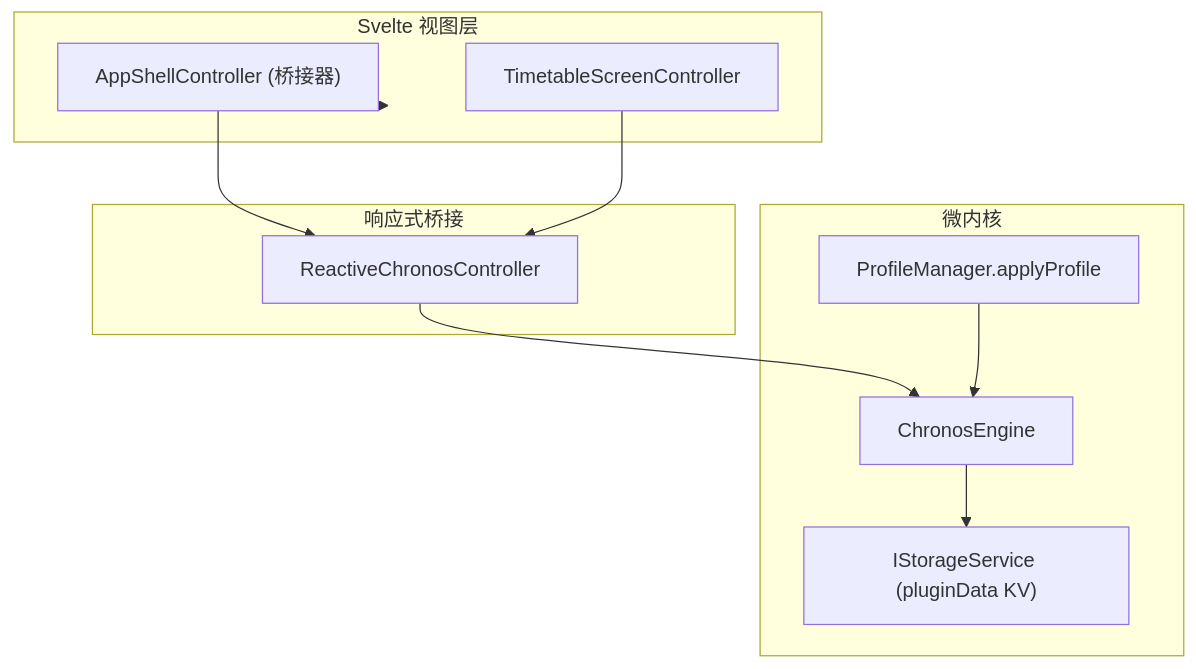
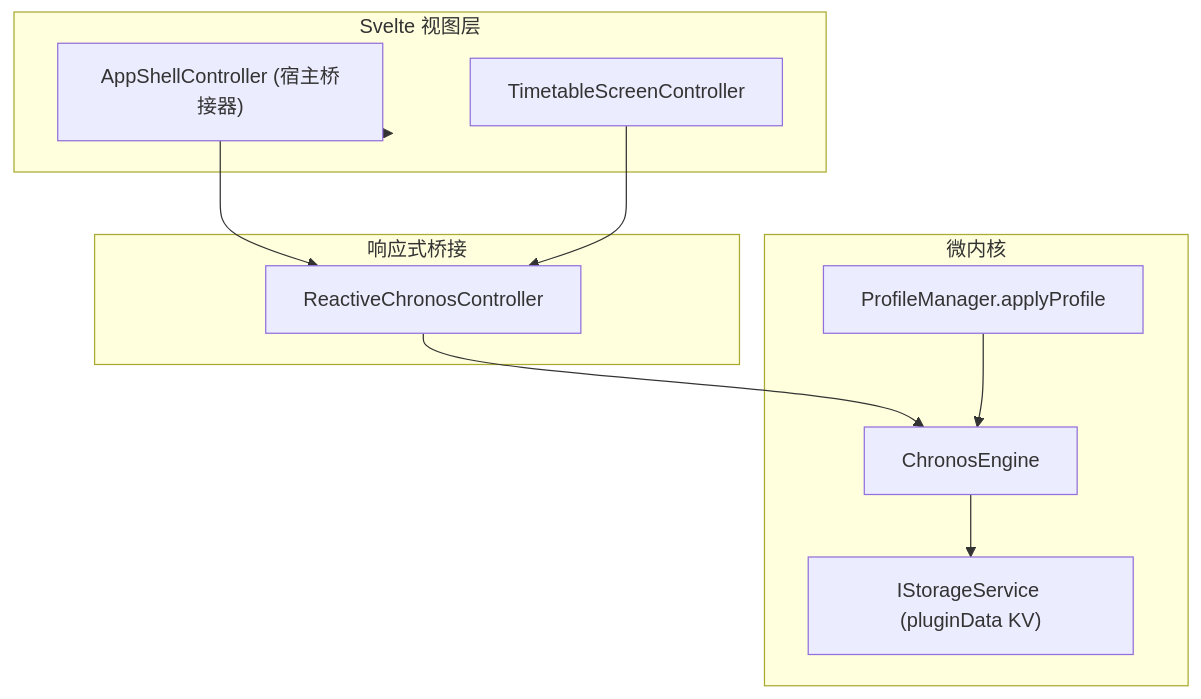
The diagram in .agents/docs/adr/0010-host-state-collapse-and-architecture-deepening.md (CQUT-OpenProject/Chronos), drawn with Mermaid before and after one commit. The commit also changed other lines of this file and 90 other files, not shown here.

````diff
--- a/.agents/docs/adr/0010-host-state-collapse-and-architecture-deepening.md
+++ b/.agents/docs/adr/0010-host-state-collapse-and-architecture-deepening.md
@@ -25,24 +25,24 @@
 ```mermaid
 flowchart TD
     subgraph Views [Svelte 视图层]
-        Shell["AppShellController (桥接器)"]
+        Shell["AppShellController (宿主桥接器)"]
         Screen["TimetableScreenController"]
     end
 
     subgraph Reactive [响应式桥接]
         RCC["ReactiveChronosController"]
     end
 
     subgraph Kernel [微内核]
         Engine["ChronosEngine"]
         Profile["ProfileManager.applyProfile"]
         Storage["IStorageService (pluginData KV)"]
     end
 
     Views --> Shell
     Shell --> RCC
     Screen --> RCC
     RCC --> Engine
     Profile --> Engine
     Engine --> Storage
 ```
````
